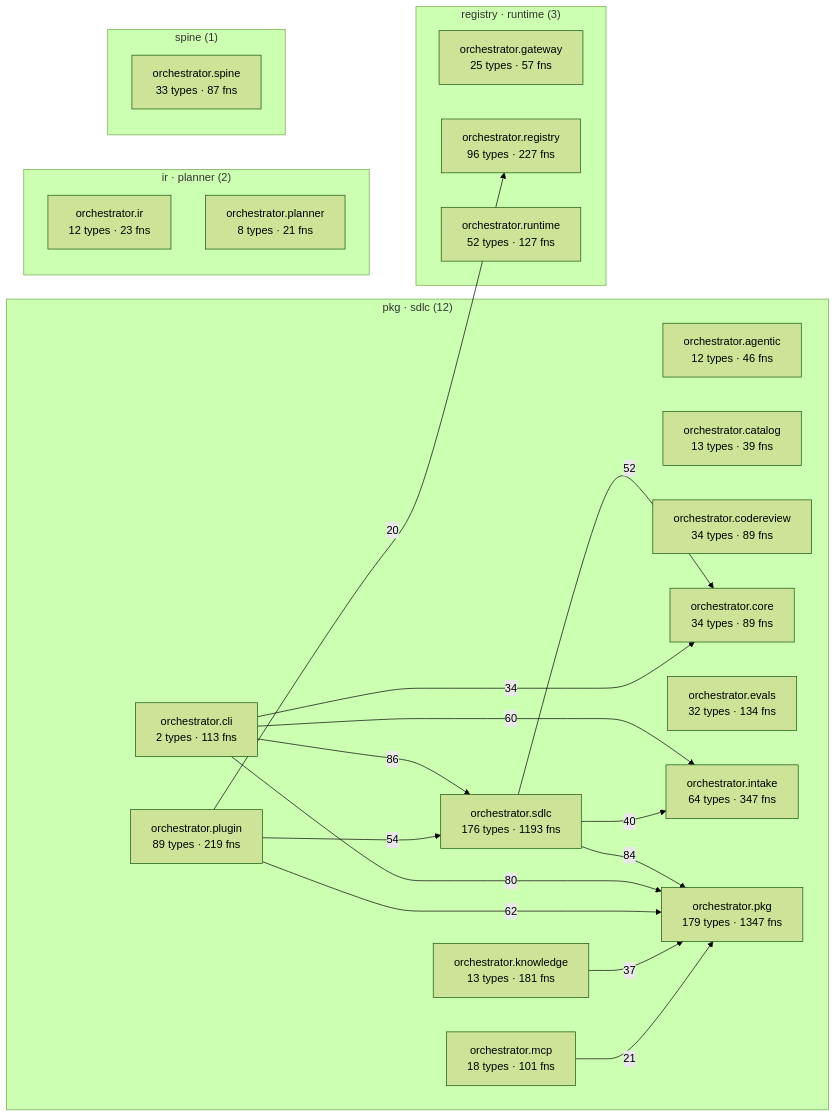
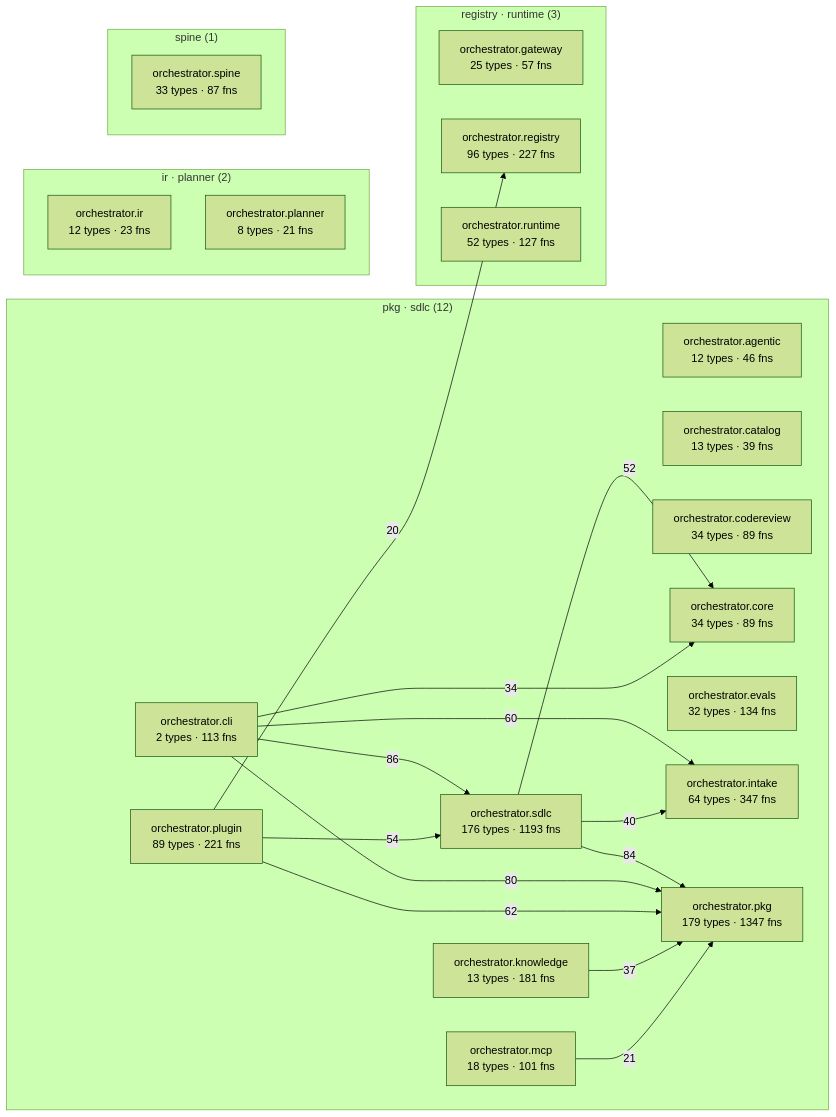
One commit to synaptixs/spine changed the diagram in episteme/architecture.md. Above: the diagram before and after it, drawn with Mermaid (forest theme). The commit also changed other lines of this file and 8 other files, not shown here.

````diff
--- a/episteme/architecture.md
+++ b/episteme/architecture.md
@@ -56,41 +56,41 @@
 ```mermaid
 flowchart LR
   subgraph c_2["pkg · sdlc (12)"]
     aorchestratoragentic["orchestrator.agentic<br/>12 types · 46 fns"]
     aorchestratorcatalog["orchestrator.catalog<br/>13 types · 39 fns"]
     aorchestratorcli["orchestrator.cli<br/>2 types · 113 fns"]
     aorchestratorcodereview["orchestrator.codereview<br/>34 types · 89 fns"]
     aorchestratorcore["orchestrator.core<br/>34 types · 89 fns"]
     aorchestratorevals["orchestrator.evals<br/>32 types · 134 fns"]
     aorchestratorintake["orchestrator.intake<br/>64 types · 347 fns"]
     aorchestratorknowledge["orchestrator.knowledge<br/>13 types · 181 fns"]
     aorchestratormcp["orchestrator.mcp<br/>18 types · 101 fns"]
     aorchestratorpkg["orchestrator.pkg<br/>179 types · 1347 fns"]
-    aorchestratorplugin["orchestrator.plugin<br/>89 types · 219 fns"]
+    aorchestratorplugin["orchestrator.plugin<br/>89 types · 221 fns"]
     aorchestratorsdlc["orchestrator.sdlc<br/>176 types · 1193 fns"]
   end
   subgraph c_5["registry · runtime (3)"]
     aorchestratorgateway["orchestrator.gateway<br/>25 types · 57 fns"]
     aorchestratorregistry["orchestrator.registry<br/>96 types · 227 fns"]
     aorchestratorruntime["orchestrator.runtime<br/>52 types · 127 fns"]
   end
   subgraph c_7["ir · planner (2)"]
     aorchestratorir["orchestrator.ir<br/>12 types · 23 fns"]
     aorchestratorplanner["orchestrator.planner<br/>8 types · 21 fns"]
   end
   subgraph c_12["spine (1)"]
     aorchestratorspine["orchestrator.spine<br/>33 types · 87 fns"]
   end
   aorchestratorcli -->|86| aorchestratorsdlc
   aorchestratorsdlc -->|84| aorchestratorpkg
   aorchestratorcli -->|80| aorchestratorpkg
   aorchestratorplugin -->|62| aorchestratorpkg
   aorchestratorcli -->|60| aorchestratorintake
   aorchestratorplugin -->|54| aorchestratorsdlc
   aorchestratorsdlc -->|52| aorchestratorcore
   aorchestratorsdlc -->|40| aorchestratorintake
   aorchestratorknowledge -->|37| aorchestratorpkg
   aorchestratorcli -->|34| aorchestratorcore
   aorchestratormcp -->|21| aorchestratorpkg
   aorchestratorplugin -->|20| aorchestratorregistry
 ```
````
